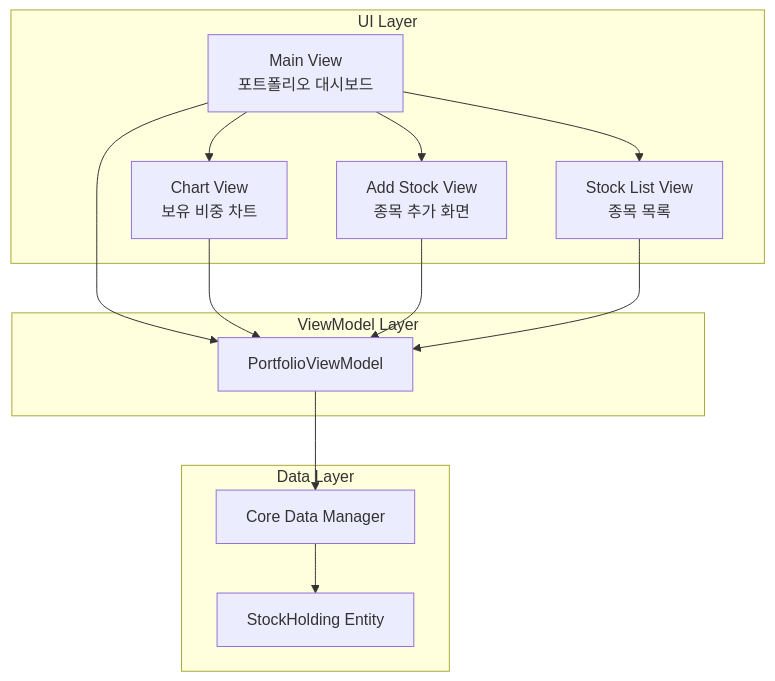
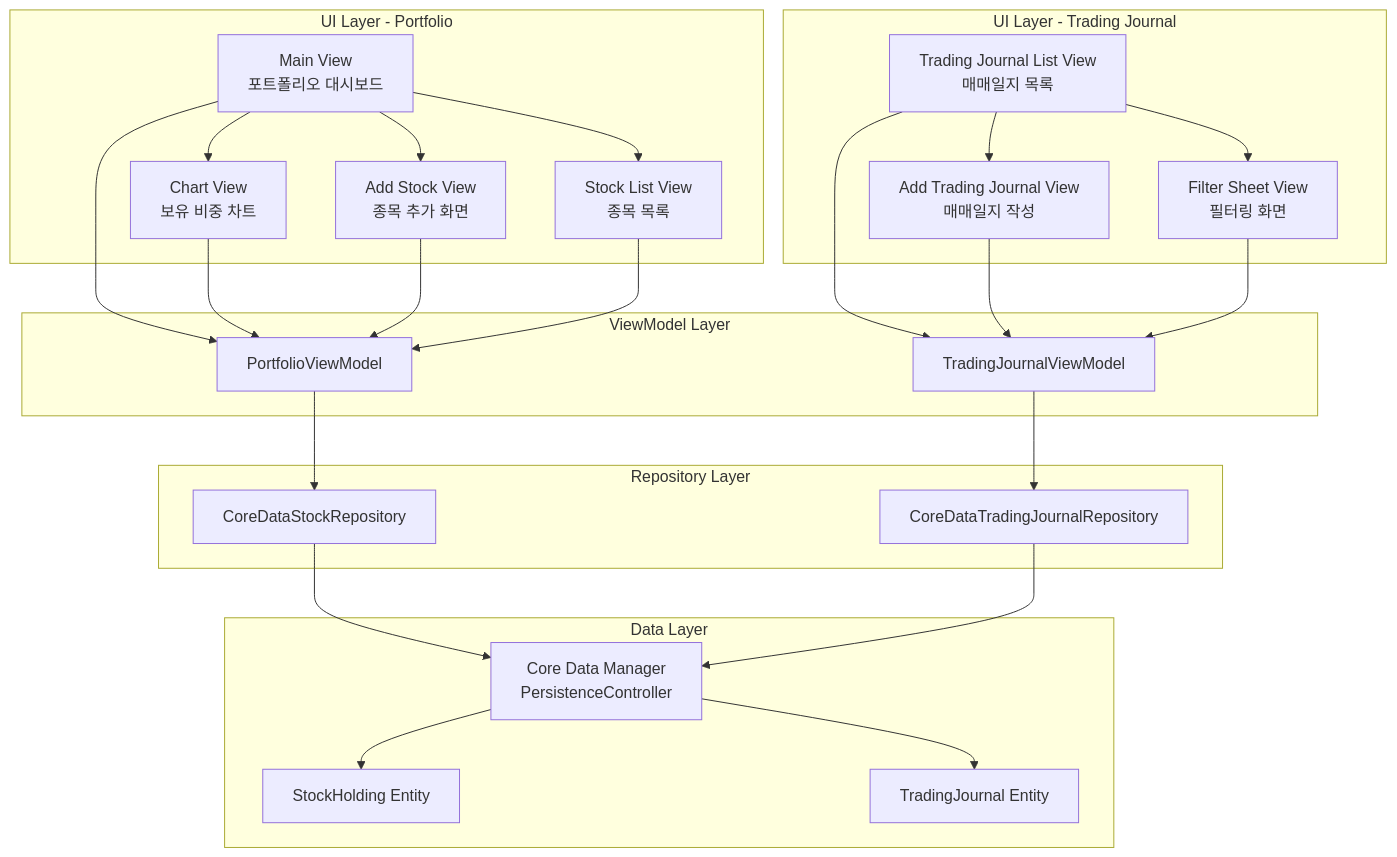
One commit to lkis71/stock-folio changed the first of 4 diagrams in docs/portfolio/DESIGN.md. Above: the diagram before and after it, drawn with Mermaid. The commit also changed other lines of this file, not shown here.

First line of the commit message:
앱 구성도 및 데이터 흐름도에 매매일지 기능 반영

````diff
--- a/docs/portfolio/DESIGN.md
+++ b/docs/portfolio/DESIGN.md
@@ -21,30 +21,59 @@
 ```mermaid
 graph TB
-    subgraph "UI Layer"
+    subgraph "UI Layer - Portfolio"
         A[Main View<br/>포트폴리오 대시보드]
         B[Chart View<br/>보유 비중 차트]
         C[Add Stock View<br/>종목 추가 화면]
         D[Stock List View<br/>종목 목록]
     end
 
+    subgraph "UI Layer - Trading Journal"
+        H[Trading Journal List View<br/>매매일지 목록]
+        I[Add Trading Journal View<br/>매매일지 작성]
+        J[Filter Sheet View<br/>필터링 화면]
+    end
+
     subgraph "ViewModel Layer"
         E[PortfolioViewModel]
+        K[TradingJournalViewModel]
     end
 
     subgraph "Data Layer"
-        F[Core Data Manager]
+        F[Core Data Manager<br/>PersistenceController]
         G[StockHolding Entity]
+        L[TradingJournal Entity]
     end
 
+    subgraph "Repository Layer"
+        M[CoreDataStockRepository]
+        N[CoreDataTradingJournalRepository]
+    end
+
+    %% Portfolio UI connections
     A --> B
     A --> D
     A --> C
 
     A --> E
     B --> E
     C --> E
     D --> E
 
-    E --> F
+    %% Trading Journal UI connections
+    H --> I
+    H --> J
+
+    H --> K
+    I --> K
+    J --> K
+
+    %% ViewModel to Repository
+    E --> M
+    K --> N
+
+    %% Repository to Core Data
+    M --> F
+    N --> F
     F --> G
+    F --> L
 ```
````
